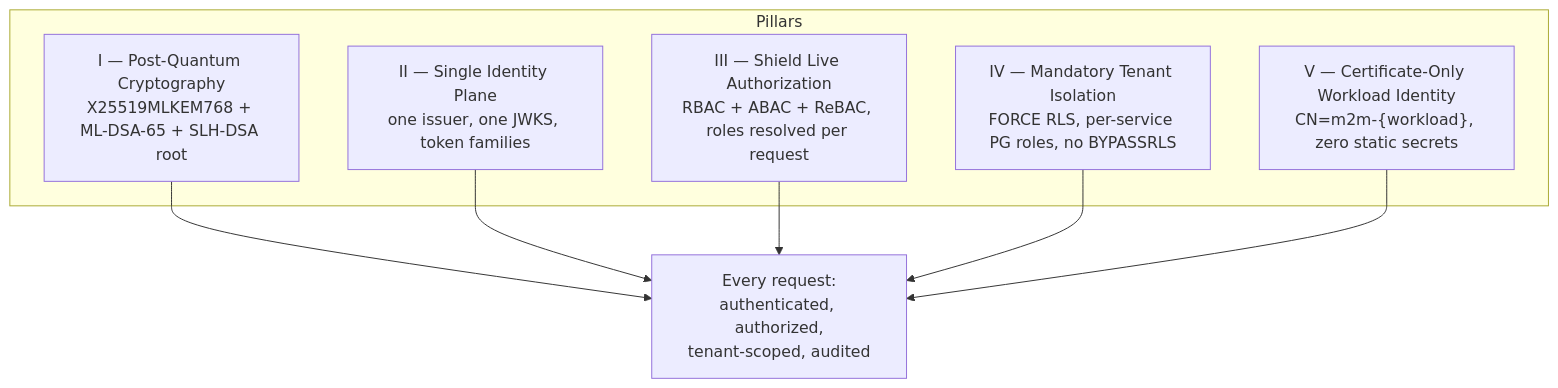
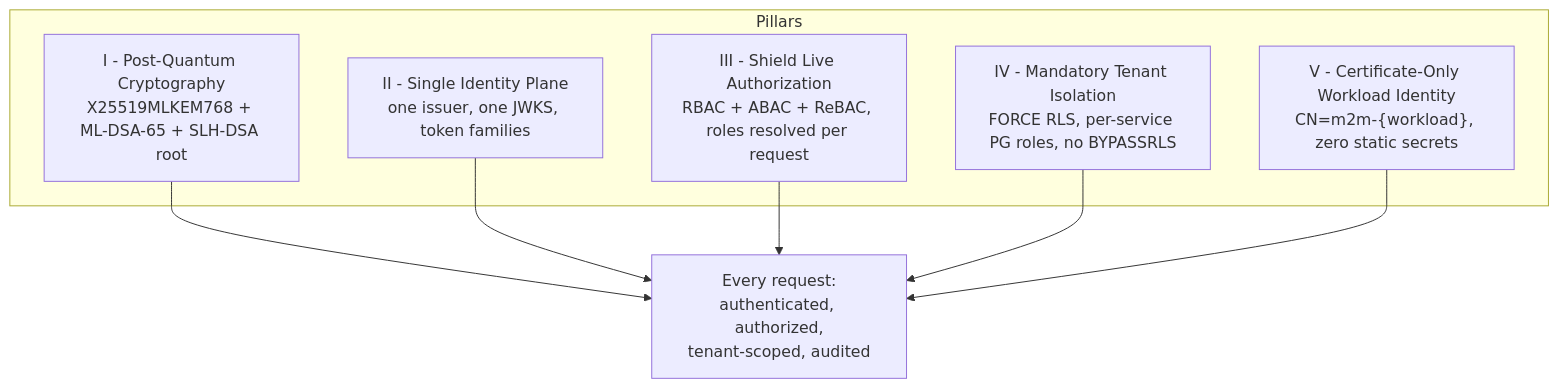
The first of 2 diagrams in SECURITY.md (Sentin8/sentin8-site), drawn with Mermaid before and after one commit. The commit also changed other lines of this file and 105 other files, not shown here.

````diff
--- a/SECURITY.md
+++ b/SECURITY.md
@@ -58,15 +58,15 @@
 ```mermaid
 graph TD
     subgraph Pillars
-        P1["I — Post-Quantum Cryptography<br/>X25519MLKEM768 + ML-DSA-65 + SLH-DSA root"]
-        P2["II — Single Identity Plane<br/>one issuer, one JWKS, token families"]
-        P3["III — Shield Live Authorization<br/>RBAC + ABAC + ReBAC, roles resolved per request"]
-        P4["IV — Mandatory Tenant Isolation<br/>FORCE RLS, per-service PG roles, no BYPASSRLS"]
-        P5["V — Certificate-Only Workload Identity<br/>CN=m2m-{workload}, zero static secrets"]
+        P1["I - Post-Quantum Cryptography<br/>X25519MLKEM768 + ML-DSA-65 + SLH-DSA root"]
+        P2["II - Single Identity Plane<br/>one issuer, one JWKS, token families"]
+        P3["III - Shield Live Authorization<br/>RBAC + ABAC + ReBAC, roles resolved per request"]
+        P4["IV - Mandatory Tenant Isolation<br/>FORCE RLS, per-service PG roles, no BYPASSRLS"]
+        P5["V - Certificate-Only Workload Identity<br/>CN=m2m-{workload}, zero static secrets"]
     end
     P1 --> E["Every request:<br/>authenticated, authorized,<br/>tenant-scoped, audited"]
     P2 --> E
     P3 --> E
     P4 --> E
     P5 --> E
 ```
````
